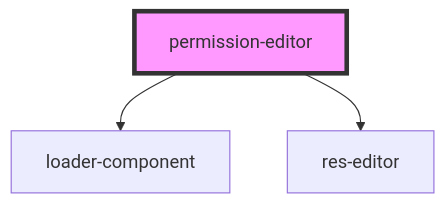
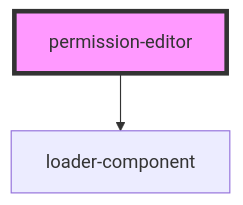
The diagram in src/components/permission-editor/readme.md (techvariable/NeptuneConnectComponents), drawn with Mermaid before and after one commit. The commit also changed other lines of this file and 4 other files, not shown here.

````diff
--- a/src/components/permission-editor/readme.md
+++ b/src/components/permission-editor/readme.md
@@ -24,6 +23,5 @@
 ```mermaid
 graph TD;
   permission-editor --> loader-component
-  permission-editor --> res-editor
   style permission-editor fill:#f9f,stroke:#333,stroke-width:4px
 ```
````
